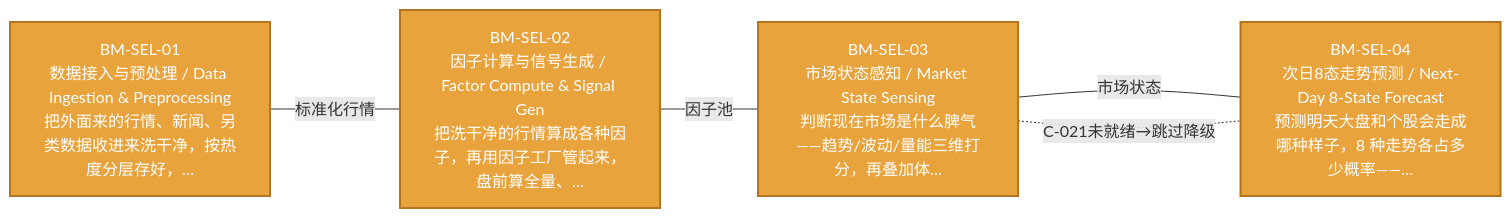
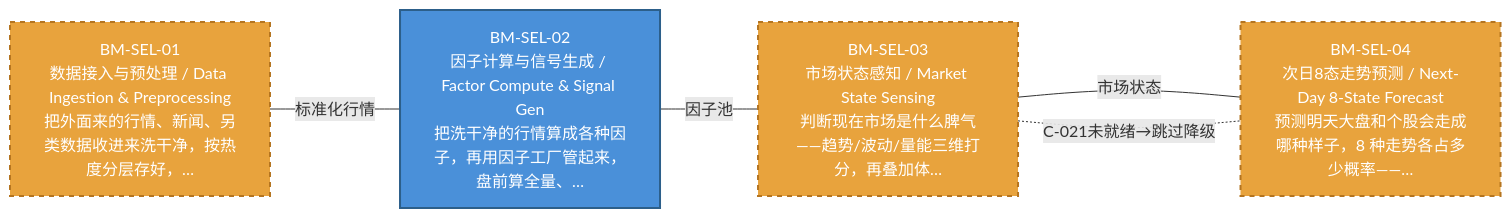
Before and after one commit to xuanFelixVan/ZephyrAlpha: the diagram in docs/02_enterprise_architecture/07_trading_decision_architecture/battle_map/battle_map_01_stock_selection.md, drawn with Mermaid. The commit also changed other lines of this file and 9 other files, not shown here.

````diff
--- a/docs/02_enterprise_architecture/07_trading_decision_architecture/battle_map/battle_map_01_stock_selection.md
+++ b/docs/02_enterprise_architecture/07_trading_decision_architecture/battle_map/battle_map_01_stock_selection.md
@@ -15,16 +15,17 @@
 ```mermaid
 %% 选股阶段图
 flowchart LR
     BM_SEL_01["BM-SEL-01\n数据接入与预处理 / Data Ingestion & Preprocessing\n把外面来的行情、新闻、另类数据收进来洗干净，按热度分层存好，…"]:::design
-    BM_SEL_02["BM-SEL-02\n因子计算与信号生成 / Factor Compute & Signal Gen\n把洗干净的行情算成各种因子，再用因子工厂管起来，盘前算全量、…"]:::design
+    BM_SEL_02["BM-SEL-02\n因子计算与信号生成 / Factor Compute & Signal Gen\n把洗干净的行情算成各种因子，再用因子工厂管起来，盘前算全量、…"]:::production
     BM_SEL_03["BM-SEL-03\n市场状态感知 / Market State Sensing\n判断现在市场是什么脾气——趋势/波动/量能三维打分，再叠加体…"]:::design
     BM_SEL_04["BM-SEL-04\n次日8态走势预测 / Next-Day 8-State Forecast\n预测明天大盘和个股会走成哪种样子，8 种走势各占多少概率——…"]:::design
     BM_SEL_01 --- |标准化行情| BM_SEL_02
     BM_SEL_02 --- |因子池| BM_SEL_03
     BM_SEL_03 --- |市场状态| BM_SEL_04
     BM_SEL_03 -.- |C-021未就绪→跳过降级| BM_SEL_04
 classDef production fill:#4A90D9,stroke:#2C5F8A,color:#fff,stroke-width:2px;
-classDef design fill:#E8A33D,stroke:#B57520,color:#fff,stroke-width:2px;
-classDef deprecated fill:#999999,stroke:#666666,color:#fff,stroke-width:2px;
-classDef missing fill:#fff,stroke:#D93636,color:#D93636,stroke-width:3px;
+classDef design fill:#E8A33D,stroke:#B57520,color:#fff,stroke-width:2px,stroke-dasharray: 5 5;
+classDef deprecated fill:#D93636,stroke:#A02020,color:#fff,stroke-width:2px;
+classDef missing fill:#BBBBBB,stroke:#888888,color:#fff,stroke-width:2px;
+classDef candidate fill:#F4D03F,stroke:#B7950B,color:#000,stroke-width:2px;
 ```
````
